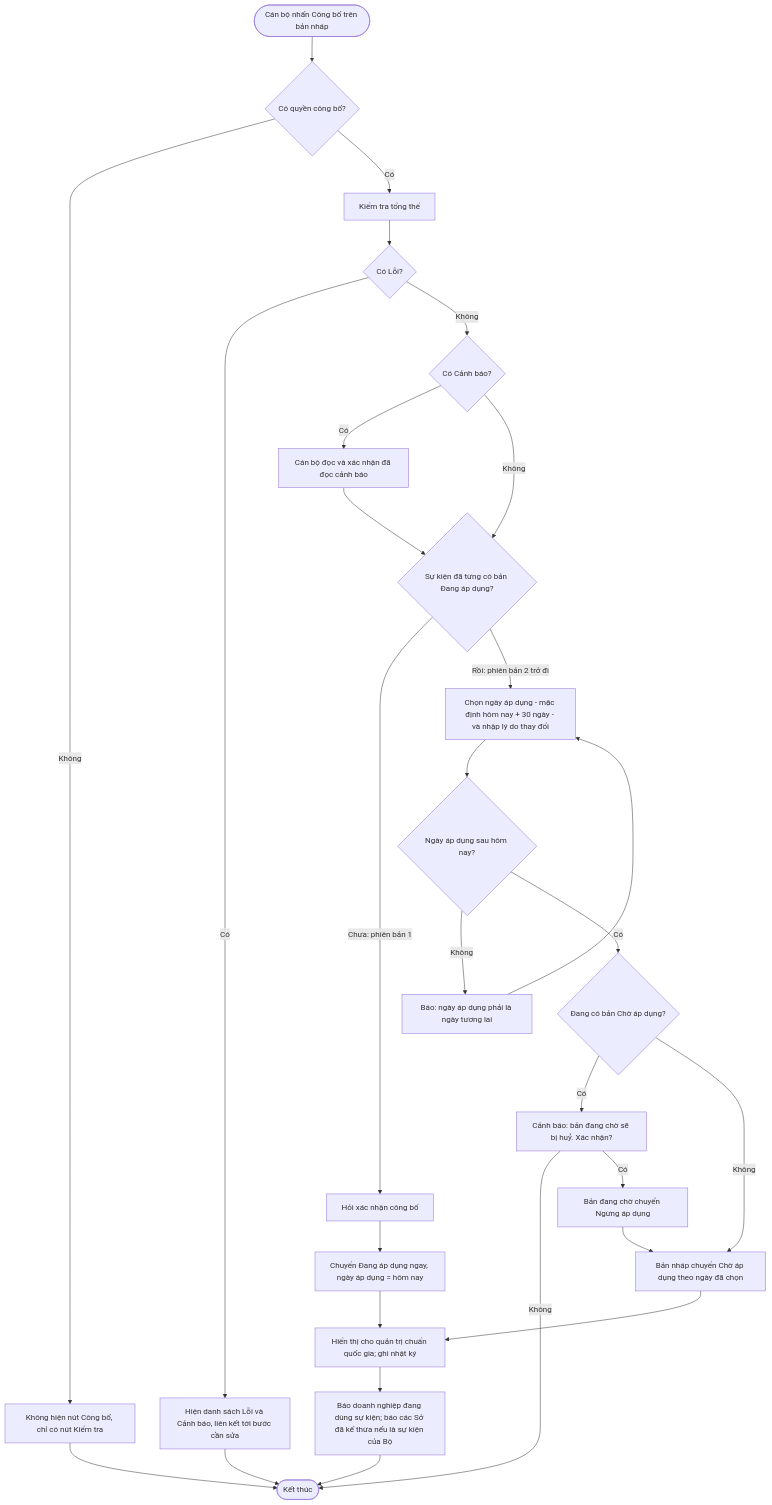
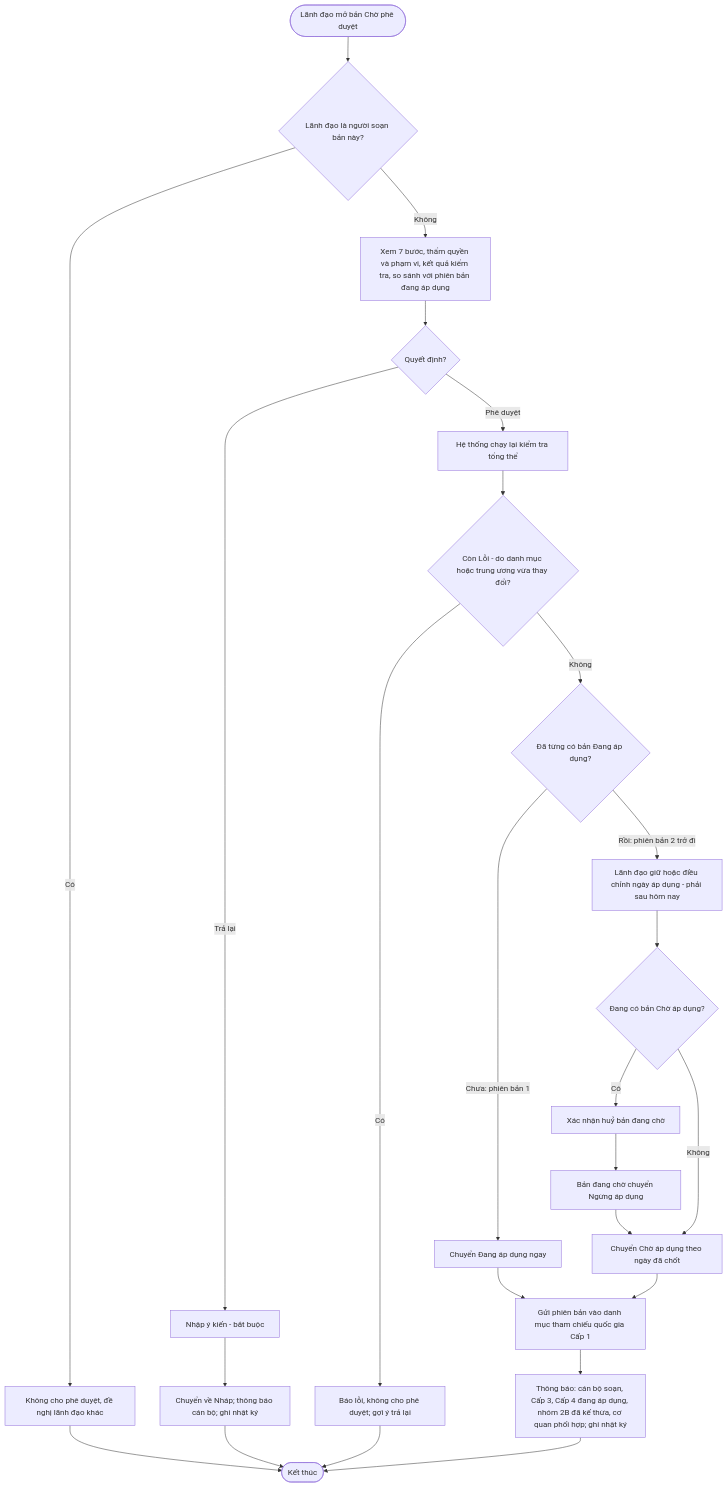
One commit to cuongnh-rd/ndatrace-attp changed diagram 12 of 17 in docs/prd/PRD-Xay-dung-Su-kien-trong-yeu.md. Above: the diagram before and after it, drawn with Mermaid. The commit also changed other lines of this file and 18 other files, not shown here.

First line of the commit message:
docs: PRD Xây dựng Sự kiện trọng yếu v6 - đối chiếu Quyển 2/3, bổ sung phê duyệt, quy tắc viết đầy đủ

````diff
--- a/docs/prd/PRD-Xay-dung-Su-kien-trong-yeu.md
+++ b/docs/prd/PRD-Xay-dung-Su-kien-trong-yeu.md
@@ -475,27 +923,21 @@
 ```mermaid
 flowchart TD
-    A([Cán bộ nhấn Công bố trên bản nháp]) --> B{Có quyền công bố?}
-    B -- Không --> X0[Không hiện nút Công bố, chỉ có nút Kiểm tra] --> Z([Kết thúc])
-    B -- Có --> C[Kiểm tra tổng thể]
-    C --> D{Có Lỗi?}
-    D -- Có --> E[Hiện danh sách Lỗi và Cảnh báo, liên kết tới bước cần sửa] --> Z
-    D -- Không --> F{Có Cảnh báo?}
-    F -- Có --> G[Cán bộ đọc và xác nhận đã đọc cảnh báo]
-    F -- Không --> H
-    G --> H{Sự kiện đã từng có bản Đang áp dụng?}
-    H -- Chưa: phiên bản 1 --> I[Hỏi xác nhận công bố]
-    I --> J[Chuyển Đang áp dụng ngay, ngày áp dụng = hôm nay]
-    H -- Rồi: phiên bản 2 trở đi --> K[Chọn ngày áp dụng - mặc định hôm nay + 30 ngày - và nhập lý do thay đổi]
-    K --> L{Ngày áp dụng sau hôm nay?}
-    L -- Không --> X1[Báo: ngày áp dụng phải là ngày tương lai] --> K
-    L -- Có --> M{Đang có bản Chờ áp dụng?}
-    M -- Có --> N[Cảnh báo: bản đang chờ sẽ bị huỷ. Xác nhận?]
-    N -- Không --> Z
-    N -- Có --> O[Bản đang chờ chuyển Ngừng áp dụng]
+    A([Lãnh đạo mở bản Chờ phê duyệt]) --> B{Lãnh đạo là người soạn bản này?}
+    B -- Có --> X0[Không cho phê duyệt, đề nghị lãnh đạo khác] --> Z([Kết thúc])
+    B -- Không --> C[Xem 7 bước, thẩm quyền và phạm vi, kết quả kiểm tra, so sánh với phiên bản đang áp dụng]
+    C --> D{Quyết định?}
+    D -- Trả lại --> E[Nhập ý kiến - bắt buộc] --> F[Chuyển về Nháp; thông báo cán bộ; ghi nhật ký] --> Z
+    D -- Phê duyệt --> G[Hệ thống chạy lại kiểm tra tổng thể]
+    G --> H{Còn Lỗi - do danh mục hoặc trung ương vừa thay đổi?}
+    H -- Có --> I[Báo lỗi, không cho phê duyệt; gợi ý trả lại] --> Z
+    H -- Không --> J{Đã từng có bản Đang áp dụng?}
+    J -- Chưa: phiên bản 1 --> K[Chuyển Đang áp dụng ngay]
+    J -- Rồi: phiên bản 2 trở đi --> L[Lãnh đạo giữ hoặc điều chỉnh ngày áp dụng - phải sau hôm nay]
+    L --> M{Đang có bản Chờ áp dụng?}
+    M -- Có --> N[Xác nhận huỷ bản đang chờ] --> O[Bản đang chờ chuyển Ngừng áp dụng]
     O --> P
-    M -- Không --> P[Bản nháp chuyển Chờ áp dụng theo ngày đã chọn]
-    J --> Q[Hiển thị cho quản trị chuẩn quốc gia; ghi nhật ký]
+    M -- Không --> P[Chuyển Chờ áp dụng theo ngày đã chốt]
+    K --> Q[Gửi phiên bản vào danh mục tham chiếu quốc gia Cấp 1]
     P --> Q
-    Q --> R[Báo doanh nghiệp đang dùng sự kiện; báo các Sở đã kế thừa nếu là sự kiện của Bộ]
-    R --> Z
+    Q --> R[Thông báo: cán bộ soạn, Cấp 3, Cấp 4 đang áp dụng, nhóm 2B đã kế thừa, cơ quan phối hợp; ghi nhật ký] --> Z
 ```
````
